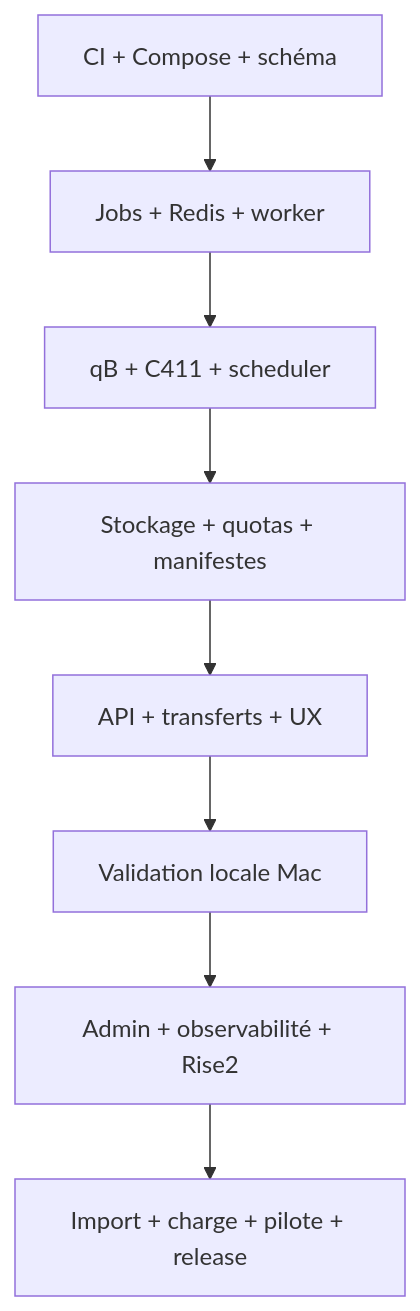
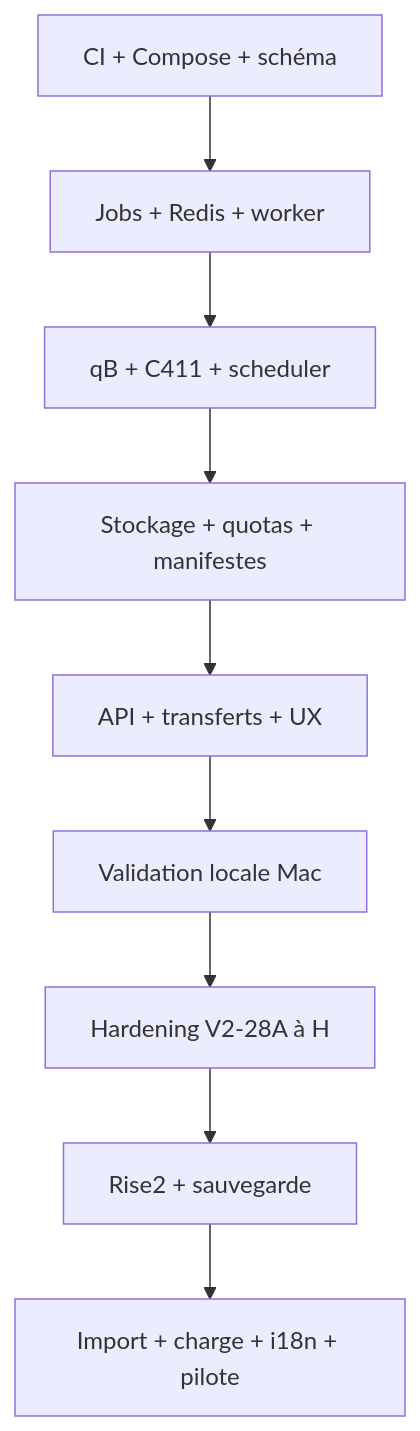
One commit to ThomasPerez91/World-of-Seeds changed the diagram in docs/roadmap-v2.md. Above: the diagram before and after it, drawn with Mermaid. The commit also changed other lines of this file and 2 other files, not shown here.

Commit message:
docs(v2): add pre-Rise2 hardening roadmap

````diff
--- a/docs/roadmap-v2.md
+++ b/docs/roadmap-v2.md
@@ -69,10 +78,11 @@
 ```mermaid
 flowchart TD
     Foundation["CI + Compose + schéma"] --> Durable["Jobs + Redis + worker"]
     Durable --> Torrent["qB + C411 + scheduler"]
     Torrent --> Storage["Stockage + quotas + manifestes"]
     Storage --> UX["API + transferts + UX"]
     UX --> Local["Validation locale Mac"]
-    Local --> Operate["Admin + observabilité + Rise2"]
-    Operate --> Release["Import + charge + pilote + release"]
+    Local --> Harden["Hardening V2-28A à H"]
+    Harden --> Operate["Rise2 + sauvegarde"]
+    Operate --> Release["Import + charge + i18n + pilote"]
 ```
````
